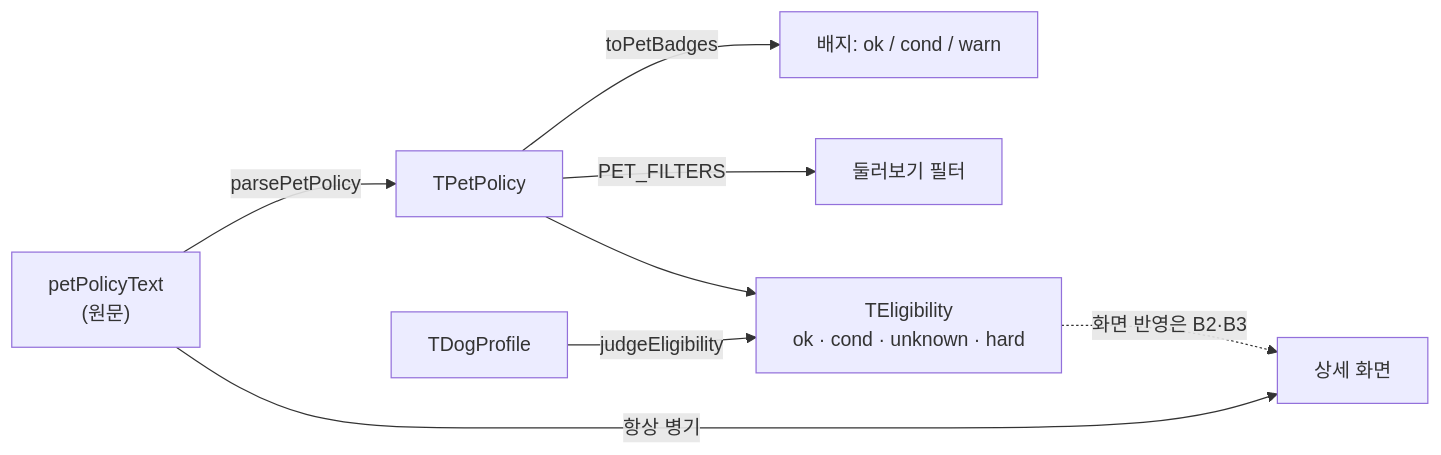
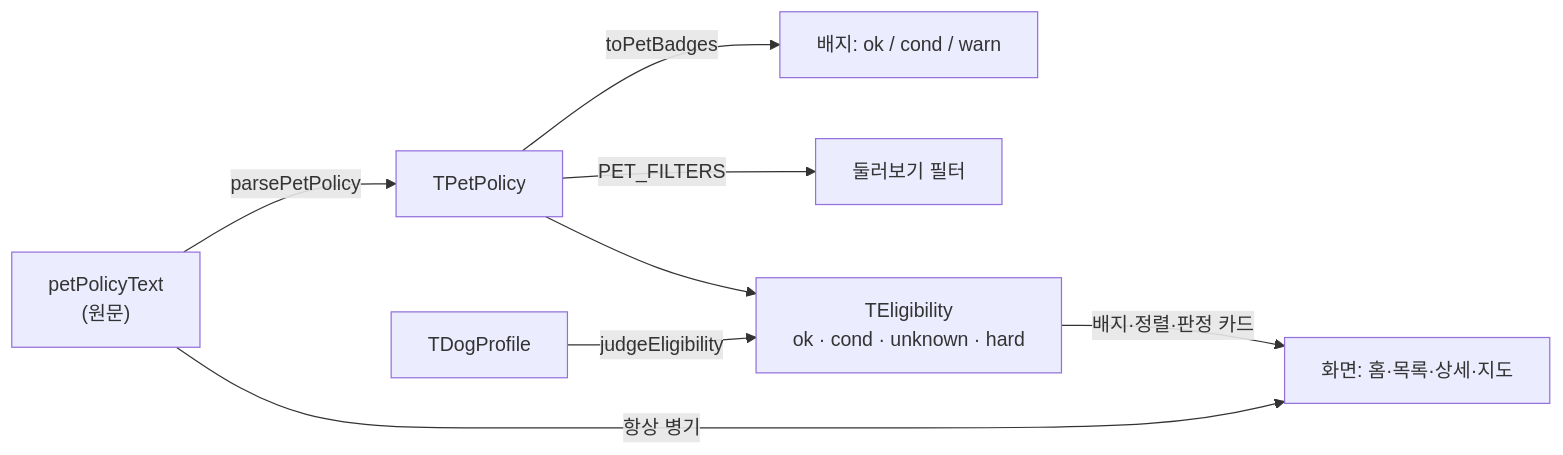
The diagram in docs/architecture/pet-policy-and-eligibility.md (hoiya-woohyun/zgnn), drawn with Mermaid before and after one commit. The commit also changed other lines of this file and 5 other files, not shown here.

````diff
--- a/docs/architecture/pet-policy-and-eligibility.md
+++ b/docs/architecture/pet-policy-and-eligibility.md
@@ -14,10 +18,10 @@
 ```mermaid
 flowchart LR
   T["petPolicyText<br/>(원문)"] -->|parsePetPolicy| P[TPetPolicy]
   P -->|toPetBadges| B[배지: ok / cond / warn]
   P -->|PET_FILTERS| F[둘러보기 필터]
   D[TDogProfile] -->|judgeEligibility| E[TEligibility<br/>ok · cond · unknown · hard]
   P --> E
-  T -->|항상 병기| UI[상세 화면]
-  E -.->|화면 반영은 B2·B3| UI
+  T -->|항상 병기| UI["화면: 홈·목록·상세·지도"]
+  E -->|배지·정렬·판정 카드| UI
 ```
````
